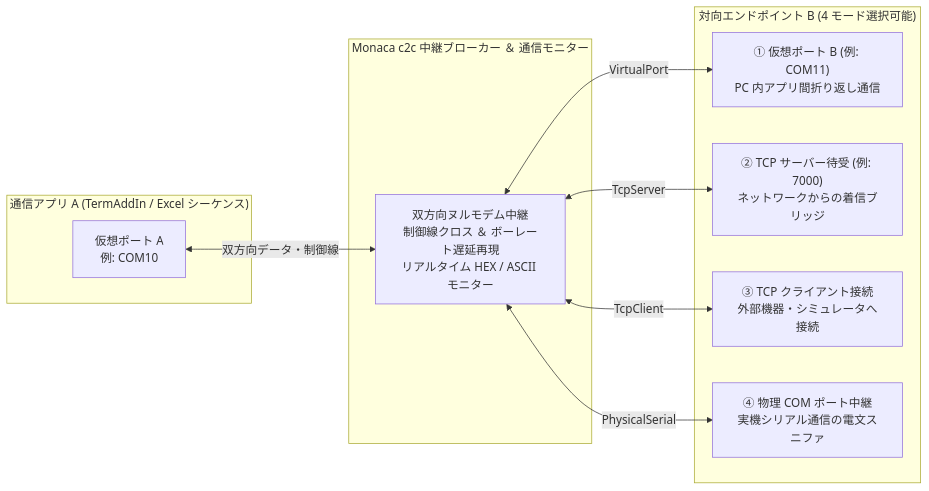
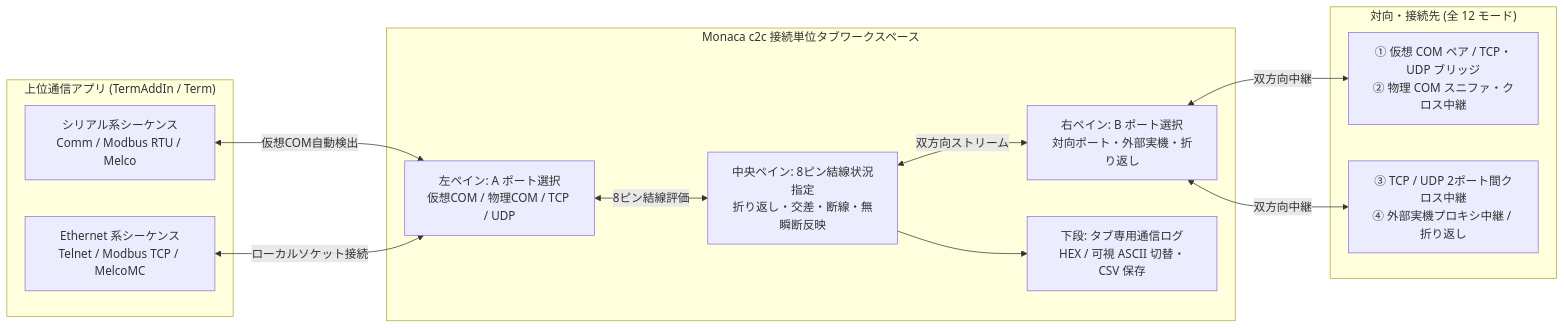
One commit to Monaca-App/c2c changed the diagram in README.md. Above: the diagram before and after it, drawn with Mermaid. The commit also changed other lines of this file and 5 other files, not shown here.

````diff
--- a/README.md
+++ b/README.md
@@ -29,23 +29,27 @@
 ```mermaid
 flowchart LR
-    subgraph AppSideA ["通信アプリ A (TermAddIn / Excel シーケンス)"]
-        PortA["仮想ポート A<br/>例: COM10"]
+    subgraph AppSide ["上位通信アプリ (TermAddIn / Term)"]
+        SerialApp["シリアル系シーケンス<br/>Comm / Modbus RTU / Melco"]
+        EthApp["Ethernet 系シーケンス<br/>Telnet / Modbus TCP / MelcoMC"]
     end
 
-    subgraph Broker ["Monaca c2c 中継ブローカー ＆ 通信モニター"]
-        Relay["双方向ヌルモデム中継<br/>制御線クロス ＆ ボーレート遅延再現<br/>リアルタイム HEX / ASCII モニター"]
+    subgraph Broker ["Monaca c2c 接続単位タブワークスペース"]
+        PortA["左ペイン: A ポート選択<br/>仮想COM / 物理COM / TCP / UDP"]
+        Wiring["中央ペイン: 8ピン結線状況指定<br/>折り返し・交差・断線・無瞬断反映"]
+        PortB["右ペイン: B ポート選択<br/>対向ポート・外部実機・折り返し"]
+        TabLog["下段: タブ専用通信ログ<br/>HEX / 可視 ASCII 切替・CSV 保存"]
     end
 
-    subgraph EndpointB ["対向エンドポイント B (4 モード選択可能)"]
-        Mode1["① 仮想ポート B (例: COM11)<br/>PC 内アプリ間折り返し通信"]
-        Mode2["② TCP サーバー待受 (例: 7000)<br/>ネットワークからの着信ブリッジ"]
-        Mode3["③ TCP クライアント接続<br/>外部機器・シミュレータへ接続"]
-        Mode4["④ 物理 COM ポート中継<br/>実機シリアル通信の電文スニファ"]
+    subgraph Targets ["対向・接続先 (全 12 モード)"]
+        ComModes["① 仮想 COM ペア / TCP・UDP ブリッジ<br/>② 物理 COM スニファ・クロス中継"]
+        EthModes["③ TCP / UDP 2ポート間クロス中継<br/>④ 外部実機プロキシ中継 / 折り返し"]
     end
 
-    PortA <-->|双方向データ・制御線| Relay
-    Relay <-->|VirtualPort| Mode1
-    Relay <-->|TcpServer| Mode2
-    Relay <-->|TcpClient| Mode3
-    Relay <-->|PhysicalSerial| Mode4
+    SerialApp <-->|仮想COM自動検出| PortA
+    EthApp <-->|ローカルソケット接続| PortA
+    PortA <-->|8ピン結線評価| Wiring
+    Wiring <-->|双方向ストリーム| PortB
+    Wiring --> TabLog
+    PortB <-->|双方向中継| ComModes
+    PortB <-->|双方向中継| EthModes
 ```
````
